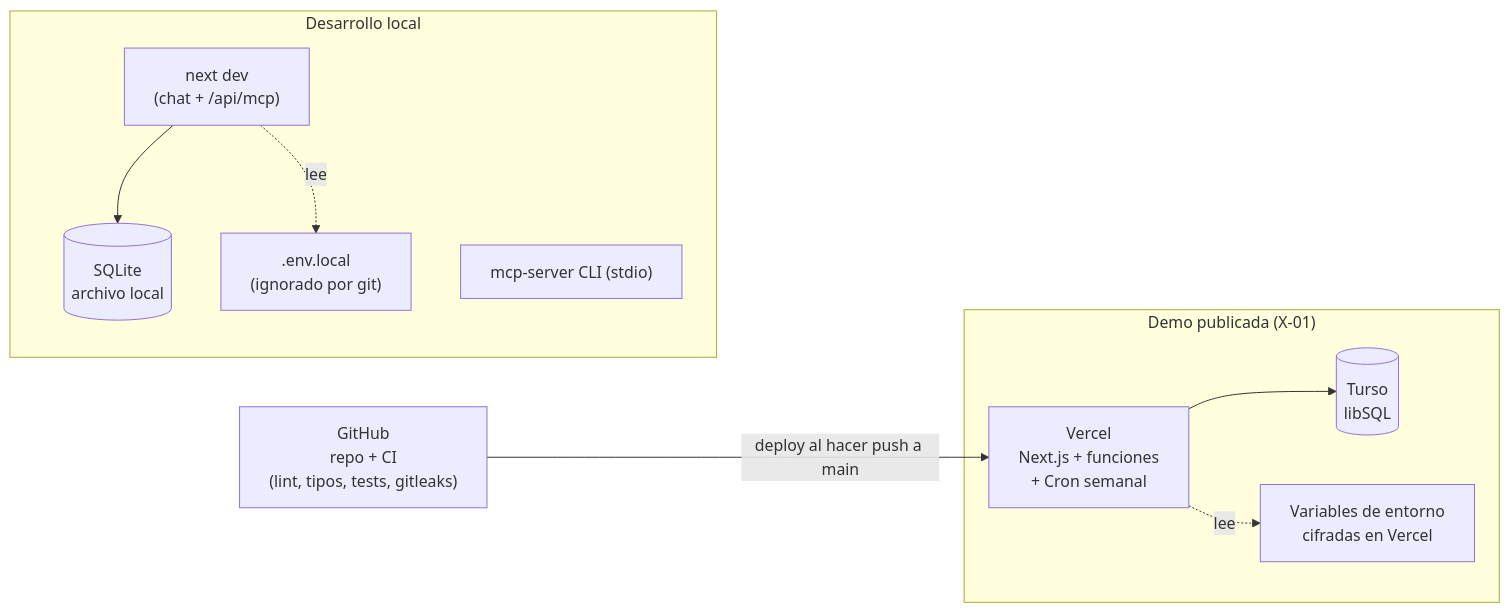
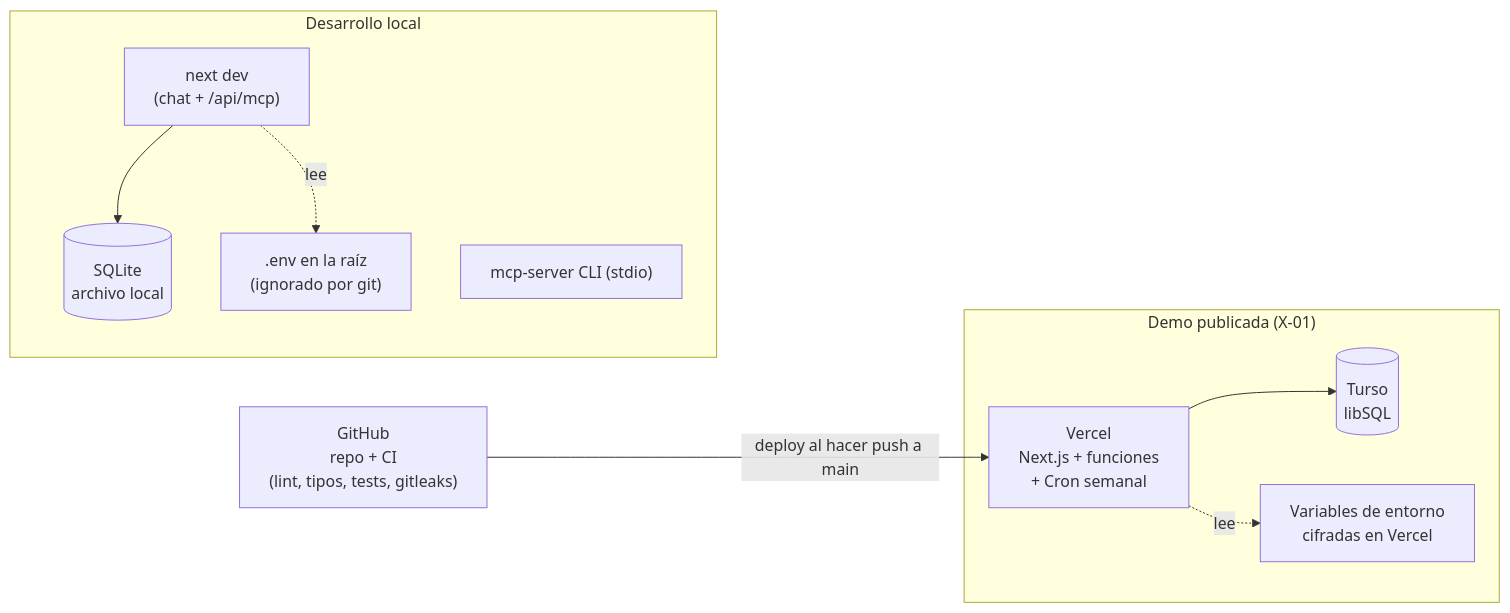
Diagram 11 of 11 in docs/specs/03_ARQUITECTURA.md (omonroyt/pt_luyoa), drawn with Mermaid before and after one commit. The commit also changed other lines of this file and 1 other file, not shown here.

````diff
--- a/docs/specs/03_ARQUITECTURA.md
+++ b/docs/specs/03_ARQUITECTURA.md
@@ -460,23 +477,23 @@
 ```mermaid
 flowchart LR
     subgraph local["Desarrollo local"]
         devNext["next dev<br/>(chat + /api/mcp)"]
         devDb[("SQLite<br/>archivo local")]
-        devEnv[".env.local<br/>(ignorado por git)"]
+        devEnv[".env en la raíz<br/>(ignorado por git)"]
         devCli["mcp-server CLI (stdio)"]
     end
 
     subgraph nube["Demo publicada (X-01)"]
         vercel["Vercel<br/>Next.js + funciones<br/>+ Cron semanal"]
         turso[("Turso<br/>libSQL")]
         secrets["Variables de entorno<br/>cifradas en Vercel"]
     end
 
     gh["GitHub<br/>repo + CI<br/>(lint, tipos, tests, gitleaks)"]
 
     gh -- "deploy al hacer push a main" --> vercel
     vercel --> turso
     vercel -. "lee" .-> secrets
     devNext --> devDb
     devNext -. "lee" .-> devEnv
 ```
````
